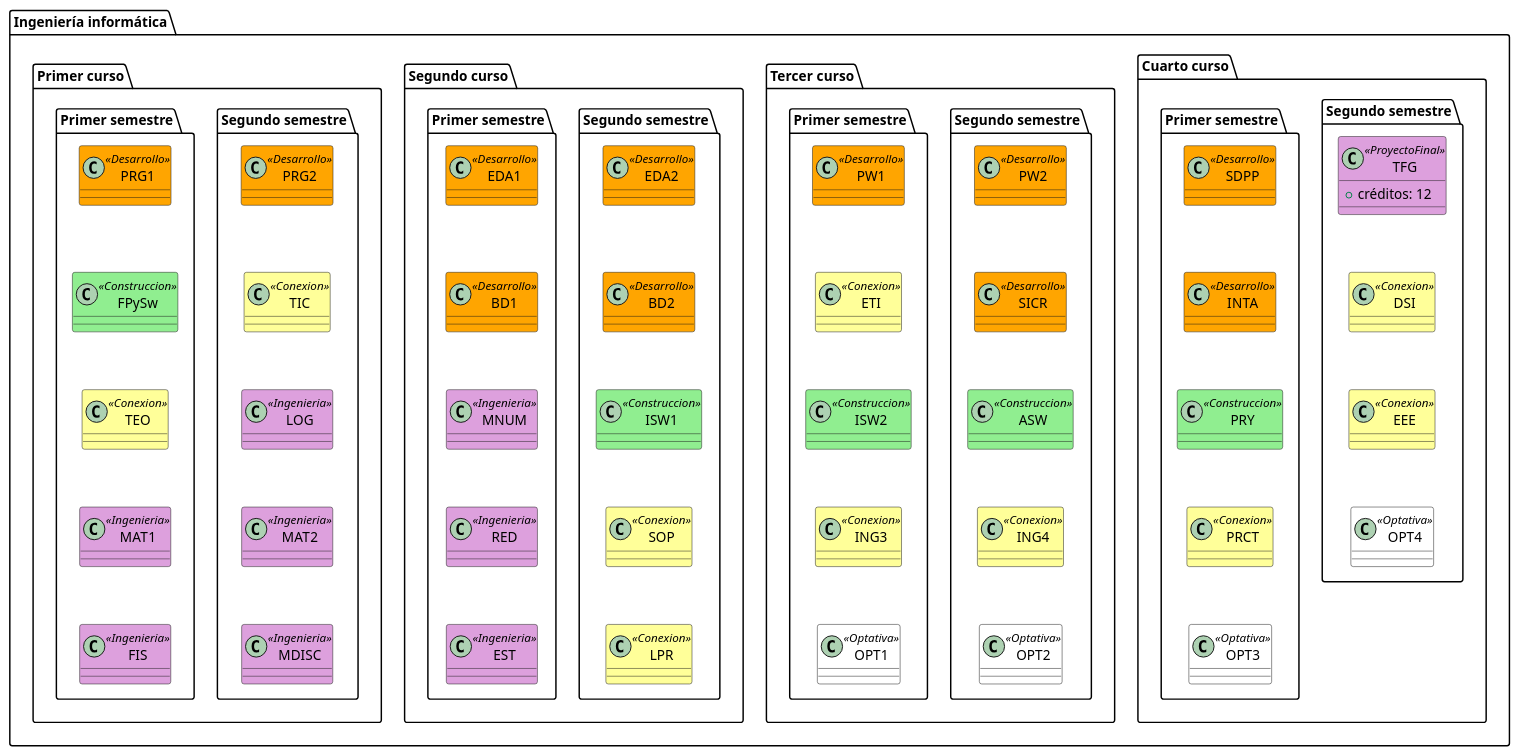
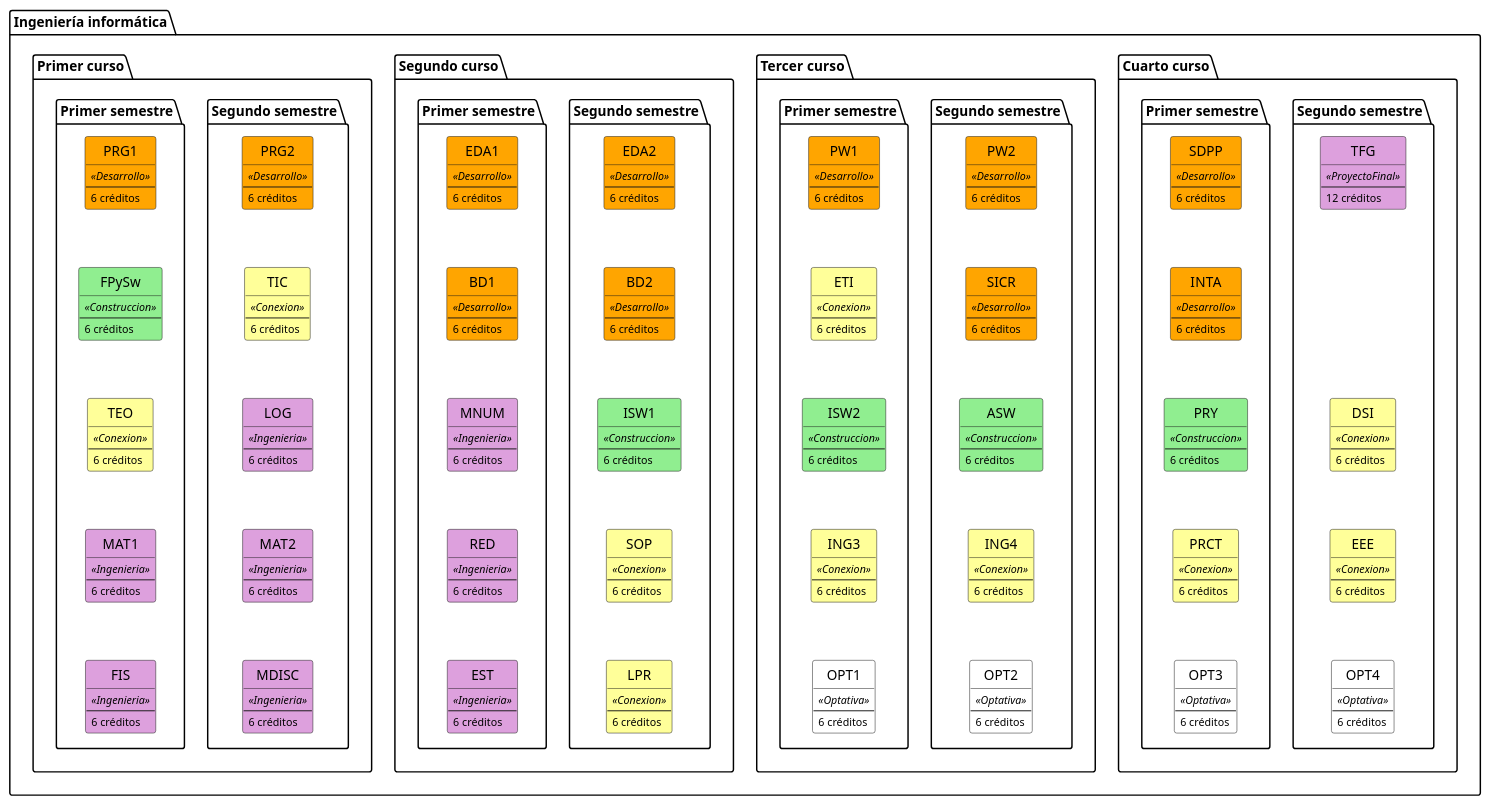
The diagram in modelosUML/malla.puml (mmasias/pyModifica2023), drawn with PlantUML before and after one commit. The commit also changed 1 other file, not shown here.

Commit message:
refactor: mejora en el diagrama de currícula

```diff
--- a/modelosUML/malla.puml
+++ b/modelosUML/malla.puml
@@ -1,73 +1,234 @@
 @startuml
+
+hide circle
 
 package Informatica as "Ingeniería informática" {
 
     package IV as "Cuarto curso" {
         package s2 as "Segundo semestre" {
-            class TFG <<ProyectoFinal>> #DDA0DD {
-                +créditos: 12
+            class TFG #DDA0DD {
+                <sub><i><<ProyectoFinal>></i></sub>
+                ---
+                <sub>12 créditos</sub>
             }
-            class DSI <<Conexion>> #FFFF99
-            class EEE <<Conexion>> #FFFF99
-            class OPT4 <<Optativa>> #FFFFFF
+            class DSI #FFFF99 {
+                <sub><i><<Conexion>></i></sub>
+                ---
+                <sub>6 créditos</sub>
+            }
+            class EEE #FFFF99 {
+                <sub><i><<Conexion>></i></sub>
+                ---
+                <sub>6 créditos</sub>
+            }
+'             class FANTASMA #FFFF99 {
+'                 <sub><i><<Conexion>></i></sub>
+'                 ---
+'                 <sub>6 créditos</sub>
+'             }
+            class OPT4 #FFFFFF {
+                <sub><i><<Optativa>></i></sub>
+                ---
+                <sub>6 créditos</sub>
+            }
         }
         package s1 as "Primer semestre" {
-            class SDPP <<Desarrollo>> #FFA500
-            class INTA <<Desarrollo>> #FFA500
-            class PRY <<Construccion>> #90EE90
-            class PRCT <<Conexion>> #FFFF99
-            class OPT3 <<Optativa>> #FFFFFF
+            class SDPP #FFA500 {
+                <sub><i><<Desarrollo>></i></sub>
+                ---
+                <sub>6 créditos</sub>
+            }
+            class INTA #FFA500 {
+                <sub><i><<Desarrollo>></i></sub>
+                ---
+                <sub>6 créditos</sub>
+            }
+            class PRY #90EE90 {
+                <sub><i><<Construccion>></i></sub>
+                ---
+                <sub>6 créditos</sub>
+            }
+            class PRCT #FFFF99 {
+                <sub><i><<Conexion>></i></sub>
+                ---
+                <sub>6 créditos</sub>
+            }
+            class OPT3 #FFFFFF {
+                <sub><i><<Optativa>></i></sub>
+                ---
+                <sub>6 créditos</sub>
+            }
         }
     }
 
     package III as "Tercer curso" {
         package s2 as "Segundo semestre" {
-            class PW2 <<Desarrollo>> #FFA500
-            class SICR <<Desarrollo>> #FFA500
-            class ASW <<Construccion>> #90EE90
-            class ING4 <<Conexion>> #FFFF99
-            class OPT2 <<Optativa>> #FFFFFF
+            class PW2 #FFA500 {
+                <sub><i><<Desarrollo>></i></sub>
+                ---
+                <sub>6 créditos</sub>
+            }
+            class SICR #FFA500 {
+                <sub><i><<Desarrollo>></i></sub>
+                ---
+                <sub>6 créditos</sub>
+            }
+            class ASW #90EE90 {
+                <sub><i><<Construccion>></i></sub>
+                ---
+                <sub>6 créditos</sub>
+            }
+            class ING4 #FFFF99 {
+                <sub><i><<Conexion>></i></sub>
+                ---
+                <sub>6 créditos</sub>
+            }
+            class OPT2 #FFFFFF {
+                <sub><i><<Optativa>></i></sub>
+                ---
+                <sub>6 créditos</sub>
+            }
         }
         package s1 as "Primer semestre" {
-            class PW1 <<Desarrollo>> #FFA500
-            class ETI <<Conexion>> #FFFF99
-            class ISW2 <<Construccion>> #90EE90
-            class ING3 <<Conexion>> #FFFF99
-            class OPT1 <<Optativa>> #FFFFFF
+            class PW1 #FFA500 {
+                <sub><i><<Desarrollo>></i></sub>
+                ---
+                <sub>6 créditos</sub>
+            }
+            class ETI #FFFF99 {
+                <sub><i><<Conexion>></i></sub>
+                ---
+                <sub>6 créditos</sub>
+            }
+            class ISW2 #90EE90 {
+                <sub><i><<Construccion>></i></sub>
+                ---
+                <sub>6 créditos</sub>
+            }
+            class ING3 #FFFF99 {
+                <sub><i><<Conexion>></i></sub>
+                ---
+                <sub>6 créditos</sub>
+            }
+            class OPT1 #FFFFFF {
+                <sub><i><<Optativa>></i></sub>
+                ---
+                <sub>6 créditos</sub>
+            }
         }
     }
 
     package II as "Segundo curso" {
         package s2 as "Segundo semestre" {
-            class EDA2 <<Desarrollo>> #FFA500
-            class BD2 <<Desarrollo>> #FFA500
-            class ISW1 <<Construccion>> #90EE90
-            class SOP <<Conexion>> #FFFF99
-            class LPR <<Conexion>> #FFFF99
+            class EDA2 #FFA500 {
+                <sub><i><<Desarrollo>></i></sub>
+                ---
+                <sub>6 créditos</sub>
+            }
+            class BD2 #FFA500 {
+                <sub><i><<Desarrollo>></i></sub>
+                ---
+                <sub>6 créditos</sub>
+            }
+            class ISW1 #90EE90 {
+                <sub><i><<Construccion>></i></sub>
+                ---
+                <sub>6 créditos</sub>
+            }
+            class SOP #FFFF99 {
+                <sub><i><<Conexion>></i></sub>
+                ---
+                <sub>6 créditos</sub>
+            }
+            class LPR #FFFF99 {
+                <sub><i><<Conexion>></i></sub>
+                ---
+                <sub>6 créditos</sub>
+            }
         }
         package s1 as "Primer semestre" {
-            class EDA1 <<Desarrollo>> #FFA500
-            class BD1 <<Desarrollo>> #FFA500
-            class MNUM <<Ingenieria>> #DDA0DD
-            class RED <<Ingenieria>> #DDA0DD
-            class EST <<Ingenieria>> #DDA0DD
+            class EDA1 #FFA500 {
+                <sub><i><<Desarrollo>></i></sub>
+                ---
+                <sub>6 créditos</sub>
+            }
+            class BD1 #FFA500 {
+                <sub><i><<Desarrollo>></i></sub>
+                ---
+                <sub>6 créditos</sub>
+            }
+            class MNUM #DDA0DD {
+                <sub><i><<Ingenieria>></i></sub>
+                ---
+                <sub>6 créditos</sub>
+            }
+            class RED #DDA0DD {
+                <sub><i><<Ingenieria>></i></sub>
+                ---
+                <sub>6 créditos</sub>
+            }
+            class EST #DDA0DD {
+                <sub><i><<Ingenieria>></i></sub>
+                ---
+                <sub>6 créditos</sub>
+            }
         }
     }
 
     package I as "Primer curso" {
         package s2 as "Segundo semestre" {
-            class PRG2 <<Desarrollo>> #FFA500
-            class TIC <<Conexion>> #FFFF99
-            class LOG <<Ingenieria>> #DDA0DD
-            class MAT2 <<Ingenieria>> #DDA0DD
-            class MDISC <<Ingenieria>> #DDA0DD
+            class PRG2 #FFA500 {
+                <sub><i><<Desarrollo>></i></sub>
+                ---
+                <sub>6 créditos</sub>
+            }
+            class TIC #FFFF99 {
+                <sub><i><<Conexion>></i></sub>
+                ---
+                <sub>6 créditos</sub>
+            }
+            class LOG #DDA0DD {
+                <sub><i><<Ingenieria>></i></sub>
+                ---
+                <sub>6 créditos</sub>
+            }
+            class MAT2 #DDA0DD {
+                <sub><i><<Ingenieria>></i></sub>
+                ---
+                <sub>6 créditos</sub>
+            }
+            class MDISC #DDA0DD {
+                <sub><i><<Ingenieria>></i></sub>
+                ---
+                <sub>6 créditos</sub>
+            }
         }
         package s1 as "Primer semestre" {
-            class PRG1 <<Desarrollo>> #FFA500
-            class FPySw <<Construccion>> #90EE90
-            class TEO <<Conexion>> #FFFF99
-            class MAT1 <<Ingenieria>> #DDA0DD
-            class FIS <<Ingenieria>> #DDA0DD
+            class PRG1 #FFA500 {
+                <sub><i><<Desarrollo>></i></sub>
+                ---
+                <sub>6 créditos</sub>
+            }
+            class FPySw #90EE90 {
+                <sub><i><<Construccion>></i></sub>
+                ---
+                <sub>6 créditos</sub>
+            }
+            class TEO #FFFF99 {
+                <sub><i><<Conexion>></i></sub>
+                ---
+                <sub>6 créditos</sub>
+            }
+            class MAT1 #DDA0DD {
+                <sub><i><<Ingenieria>></i></sub>
+                ---
+                <sub>6 créditos</sub>
+            }
+            class FIS #DDA0DD {
+                <sub><i><<Ingenieria>></i></sub>
+                ---
+                <sub>6 créditos</sub>
+            }
         }
     }
 
@@ -108,7 +269,7 @@
 PRY -[hidden]d- PRCT
 PRCT -[hidden]d- OPT3
 
-TFG -[hidden]d- DSI
+TFG -[hidden]d-- DSI
 DSI -[hidden]d- EEE
 EEE -[hidden]d- OPT4
 
```
